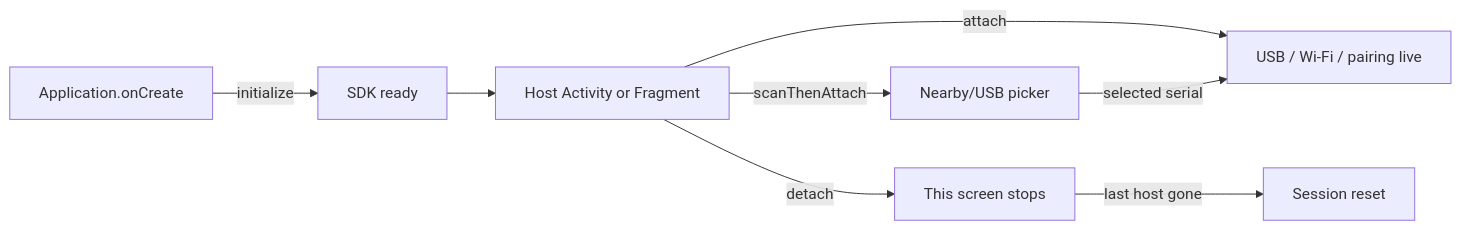
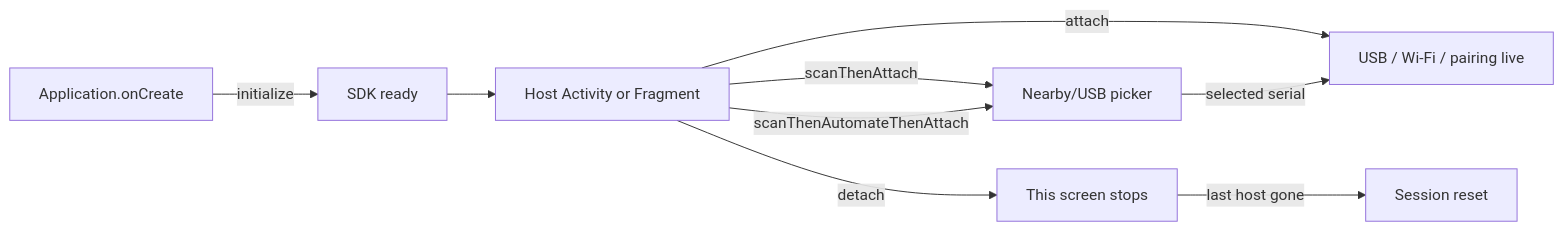
The diagram in README.md (jatinsinghsatija/Provisioner-Jatt-SDK), drawn with Mermaid before and after one commit. The commit also changed other lines of this file and 41 other files, not shown here.

````diff
--- a/README.md
+++ b/README.md
@@ -41,10 +44,11 @@
 ```mermaid
 flowchart LR
   A[Application.onCreate] -->|initialize| B[SDK ready]
   B --> C[Host Activity or Fragment]
   C -->|attach| D[USB / Wi-Fi / pairing live]
   C -->|scanThenAttach| P[Nearby/USB picker]
+  C -->|scanThenAutomateThenAttach| P
   P -->|selected serial| D
   C -->|detach| E[This screen stops]
   E -->|last host gone| F[Session reset]
 ```
````
